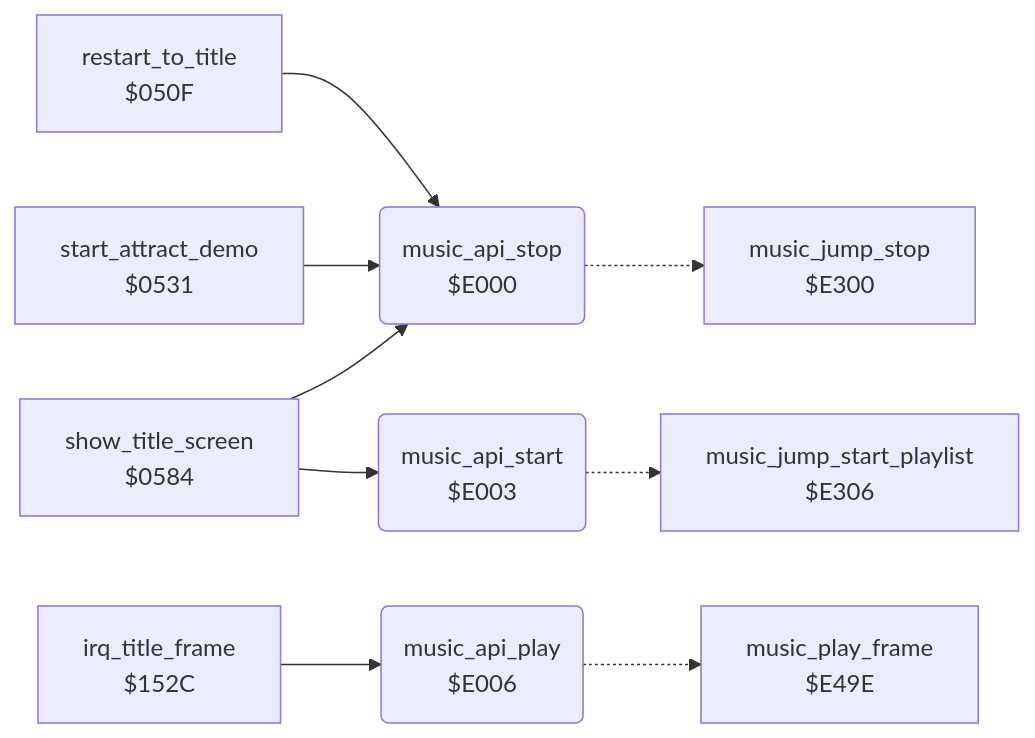
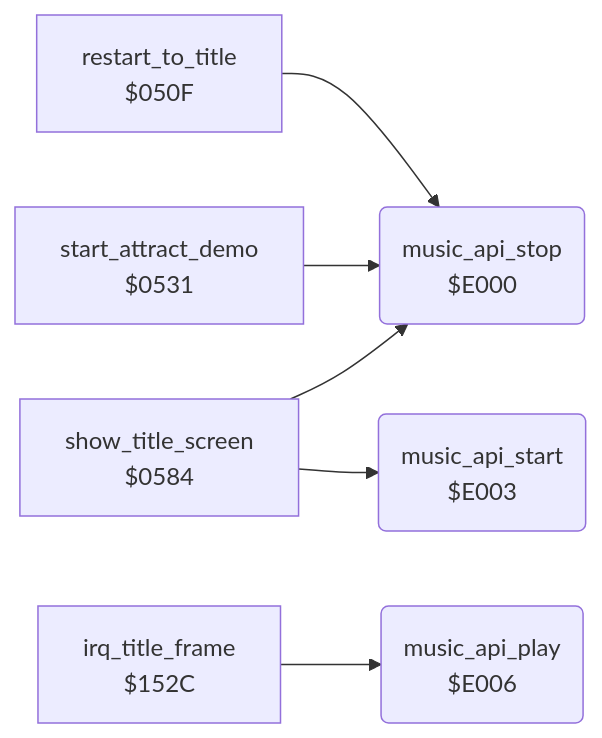
Before and after one commit to henols/c64_games: the diagram in bruce_lee/docs/reference/modules/music/music_player_state.md, drawn with Mermaid. The commit also changed other lines of this file and 236 other files, not shown here.

````diff
--- a/bruce_lee/docs/reference/modules/music/music_player_state.md
+++ b/bruce_lee/docs/reference/modules/music/music_player_state.md
@@ -10,21 +24,15 @@
 ```mermaid
 flowchart LR
   n050f["restart_to_title<br/>$050F"]
   n0531["start_attract_demo<br/>$0531"]
   n0584["show_title_screen<br/>$0584"]
   n152c["irq_title_frame<br/>$152C"]
   ne000("music_api_stop<br/>$E000")
   ne003("music_api_start<br/>$E003")
   ne006("music_api_play<br/>$E006")
-  ne300["music_jump_stop<br/>$E300"]
-  ne306["music_jump_start_playlist<br/>$E306"]
-  ne49e["music_play_frame<br/>$E49E"]
   n050f --> ne000
   n0531 --> ne000
   n0584 --> ne000
   n0584 --> ne003
   n152c --> ne006
-  ne000 -.-> ne300
-  ne003 -.-> ne306
-  ne006 -.-> ne49e
 ```
````
